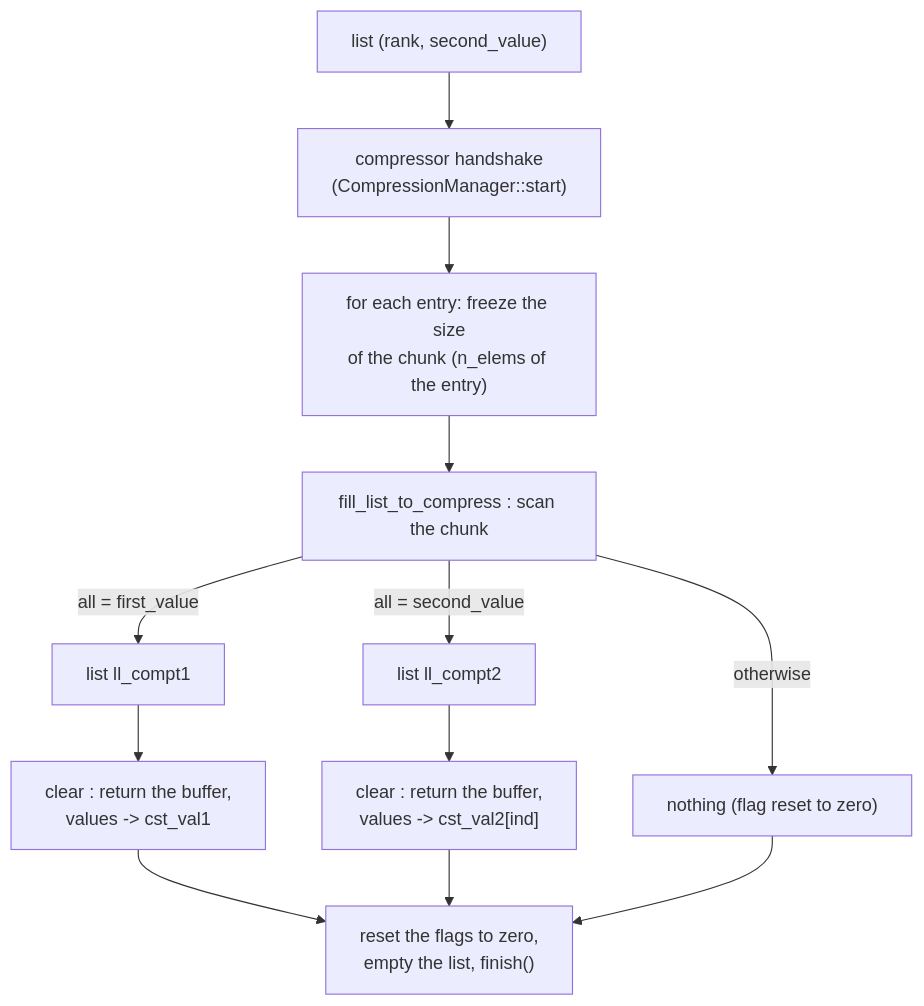
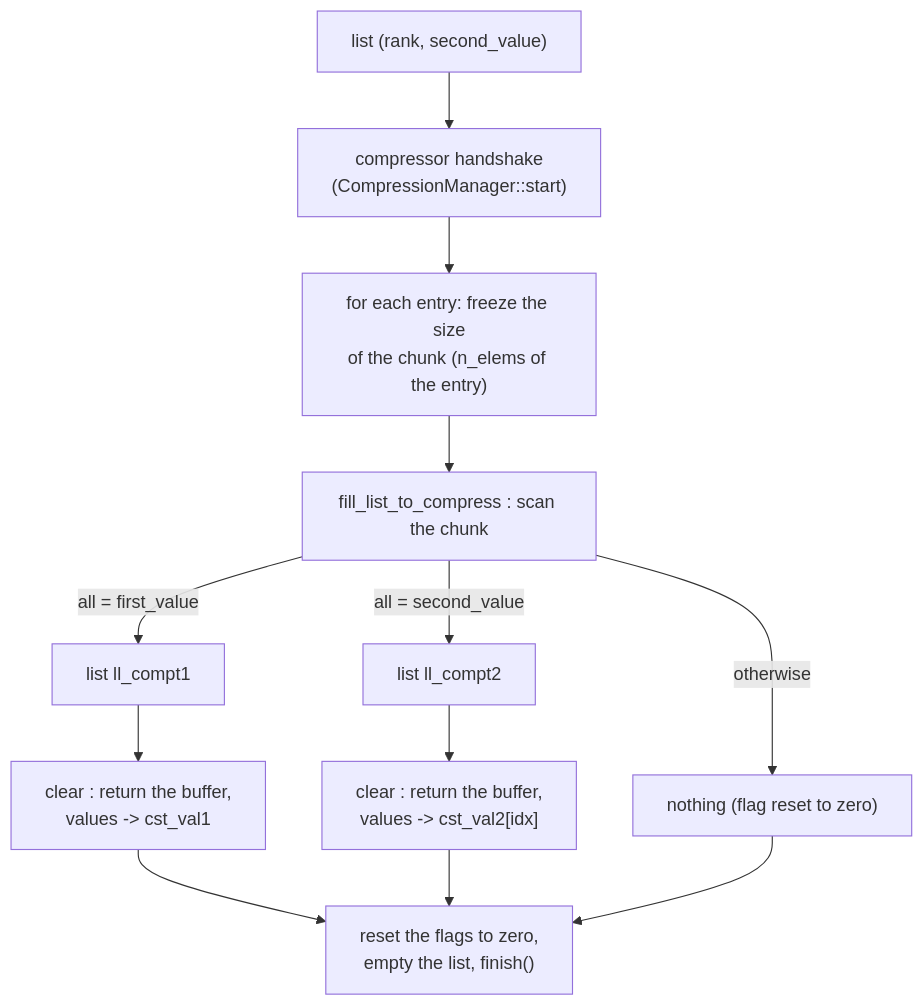
One commit to cea-hpc/shrink-array changed the second of 2 diagrams in docs/algo_zero_one_value.md. Above: the diagram before and after it, drawn with Mermaid. The commit also changed other lines of this file and 61 other files, not shown here.

First line of the commit message:
French names in English (3/4): ind (indice) is idx, IndType is IndexType

````diff
--- a/docs/algo_zero_one_value.md
+++ b/docs/algo_zero_one_value.md
@@ -392,14 +392,14 @@
 ```mermaid
 flowchart TD
     A["list (rank, second_value)"] --> B["compressor handshake<br/>(CompressionManager::start)"]
     B --> C["for each entry: freeze the size<br/>of the chunk (n_elems of the entry)"]
     C --> D["fill_list_to_compress : scan the chunk"]
     D -->|"all = first_value"| E["list ll_compt1"]
     D -->|"all = second_value"| F["list ll_compt2"]
     D -->|"otherwise"| G["nothing (flag reset to zero)"]
     E --> H["clear : return the buffer,<br/>values -> cst_val1"]
-    F --> I["clear : return the buffer,<br/>values -> cst_val2[ind]"]
+    F --> I["clear : return the buffer,<br/>values -> cst_val2[idx]"]
     H --> J["reset the flags to zero,<br/>empty the list, finish()"]
     I --> J
     G --> J
 ```
````
